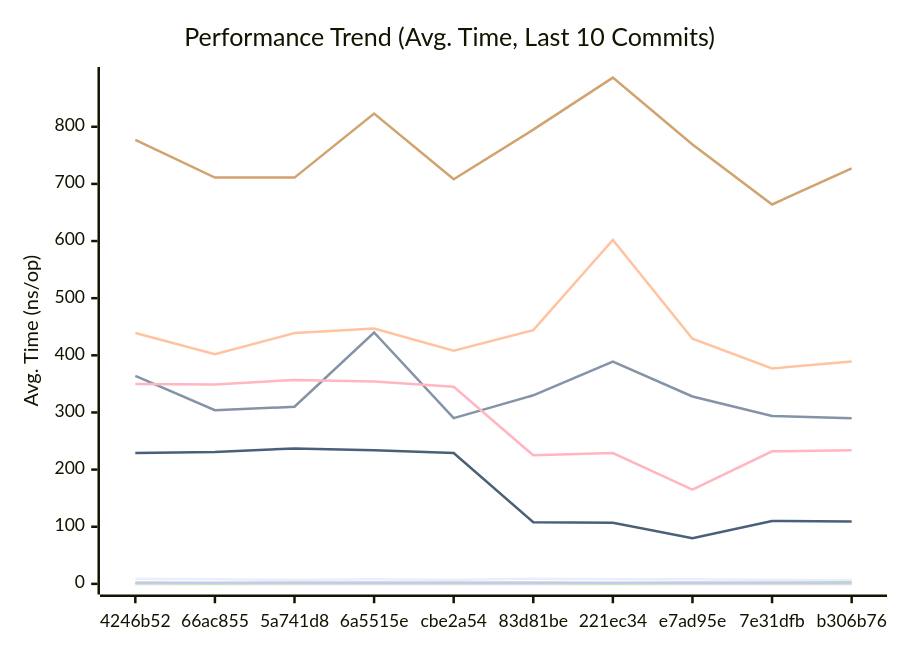
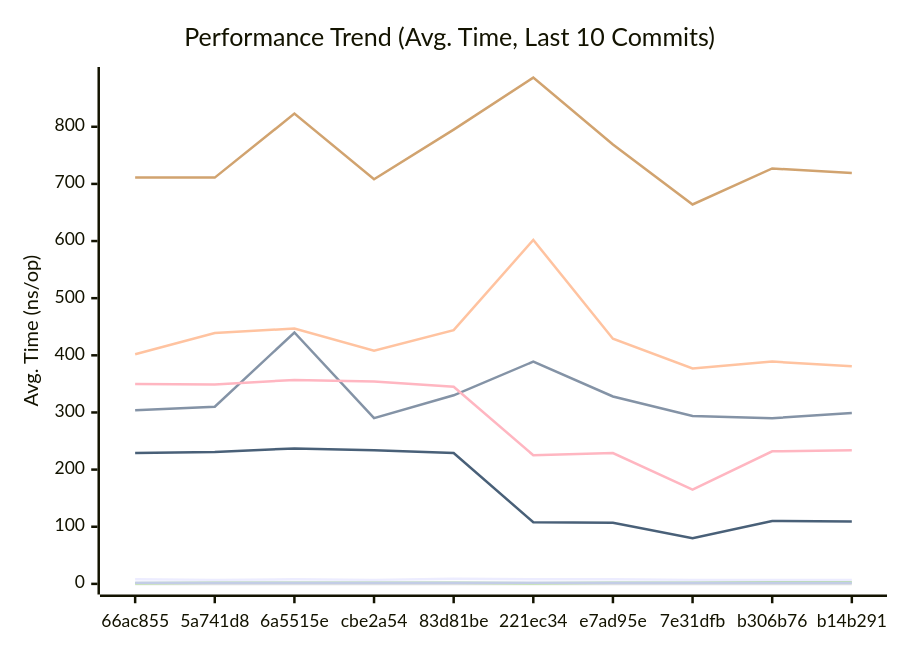
One commit to alsotoes/momo changed the first of 3 diagrams in docs/PERFORMANCE.md. Above: the diagram before and after it, drawn with Mermaid. The commit also changed other lines of this file and 3 other files, not shown here.

````diff
--- a/docs/PERFORMANCE.md
+++ b/docs/PERFORMANCE.md
@@ -80,16 +80,16 @@
 ```mermaid
 xychart-beta
     title "Performance Trend (Avg. Time, Last 10 Commits)"
     x-axis "Commit"
     y-axis "Avg. Time (ns/op)"
-    x-axis [4246b52,66ac855,5a741d8,6a5515e,cbe2a54,83d81be,221ec34,e7ad95e,7e31dfb,b306b76]
-    line "CheckMetricsAndSwap" [9,8,7,8,7,9,8,8,7,7]
-    line "CrushOptimized" [364,304,310,440,290,330,389,328,294,290]
-    line "CrushOriginal" [439,402,439,447,408,444,602,429,377,389]
+    x-axis [66ac855,5a741d8,6a5515e,cbe2a54,83d81be,221ec34,e7ad95e,7e31dfb,b306b76,b14b291]
+    line "CheckMetricsAndSwap" [8,7,8,7,9,8,8,7,7,7]
+    line "CrushOptimized" [304,310,440,290,330,389,328,294,290,299]
+    line "CrushOriginal" [402,439,447,408,444,602,429,377,389,381]
     line "IndexDirectTracking" [0,0,0,0,0,0,0,0,0,0]
-    line "IndexSearch" [2,1,2,2,2,2,1,2,2,3]
-    line "LoadGlobalConfig" [777,711,711,823,708,795,886,769,664,727]
+    line "IndexSearch" [1,2,2,2,2,1,2,2,3,3]
+    line "LoadGlobalConfig" [711,711,823,708,795,886,769,664,727,719]
     line "PadString" [2,2,2,2,2,2,2,2,2,2]
     line "ParseReplicationOrder_NoPrealloc" [350,349,357,354,345,225,229,165,232,234]
     line "ParseReplicationOrder_Prealloc" [229,231,237,234,229,108,107,80,110,109]
 ```
````
